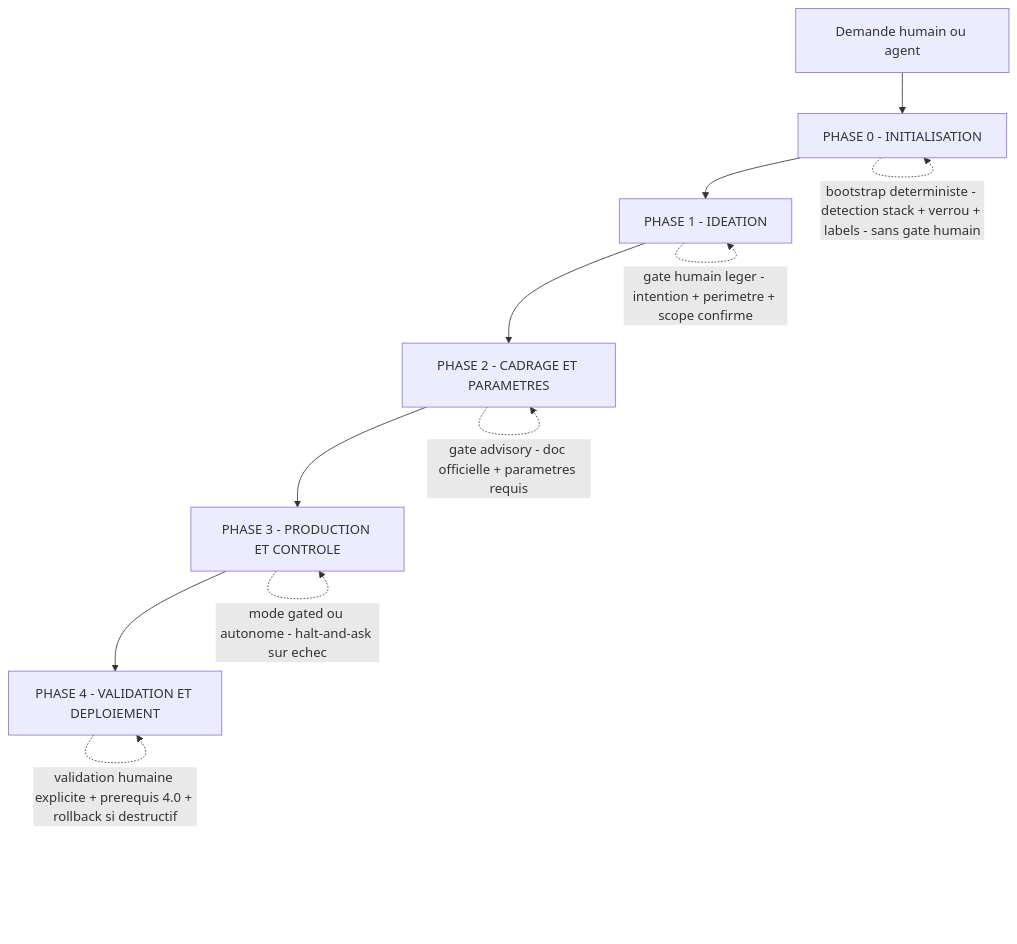
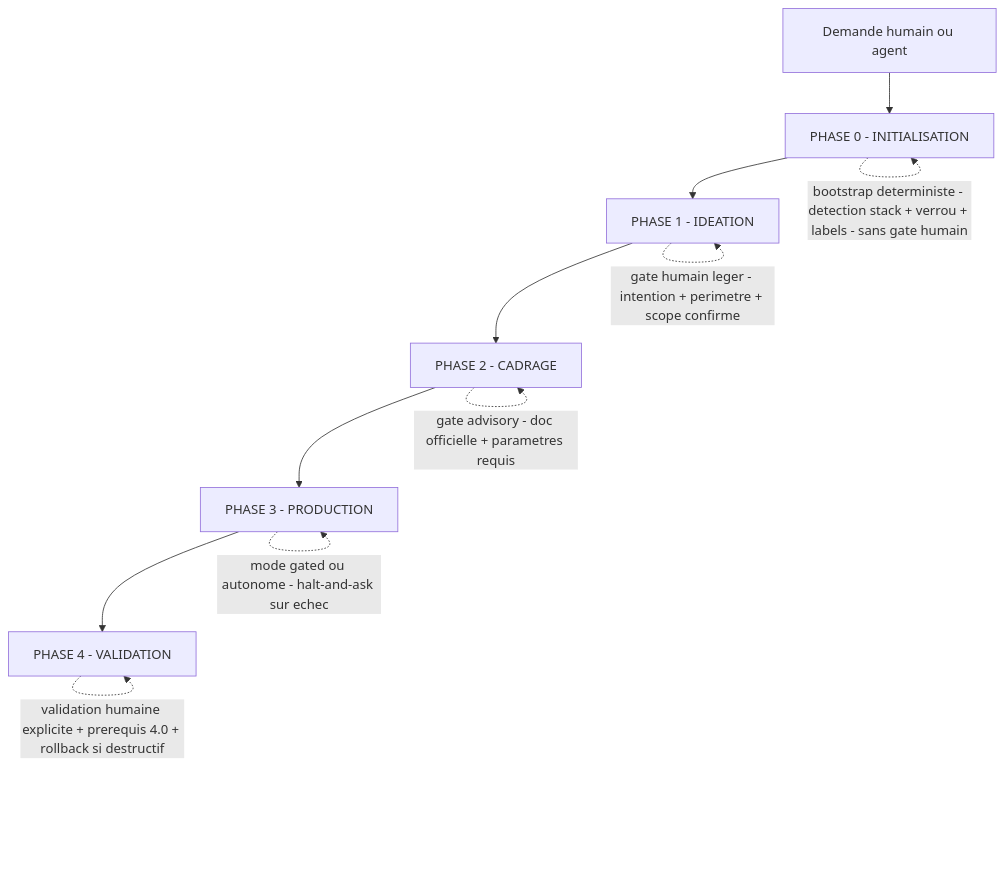
One commit to Gsyltc/homelab-portfolio changed the first of 2 diagrams in homelab/common/conductor.md. Above: the diagram before and after it, drawn with Mermaid. The commit also changed other lines of this file and 2 other files, not shown here.

Commit message:
refactor(homelab): format des phases unifié, terminologie Tech Lead

````diff
--- a/homelab/common/conductor.md
+++ b/homelab/common/conductor.md
@@ -52,13 +52,13 @@
 ```mermaid
 flowchart TD
     A[Demande humain ou agent] --> P0[PHASE 0 - INITIALISATION]
     P0 --> P1[PHASE 1 - IDEATION]
-    P1 --> P2[PHASE 2 - CADRAGE ET PARAMETRES]
-    P2 --> P3[PHASE 3 - PRODUCTION ET CONTROLE]
-    P3 --> P4[PHASE 4 - VALIDATION ET DEPLOIEMENT]
+    P1 --> P2[PHASE 2 - CADRAGE]
+    P2 --> P3[PHASE 3 - PRODUCTION]
+    P3 --> P4[PHASE 4 - VALIDATION]
     P0 -.->|bootstrap deterministe - detection stack + verrou + labels - sans gate humain| P0
     P1 -.->|gate humain leger - intention + perimetre + scope confirme| P1
     P2 -.->|gate advisory - doc officielle + parametres requis| P2
     P3 -.->|mode gated ou autonome - halt-and-ask sur echec| P3
     P4 -.->|validation humaine explicite + prerequis 4.0 + rollback si destructif| P4
 ```
````
